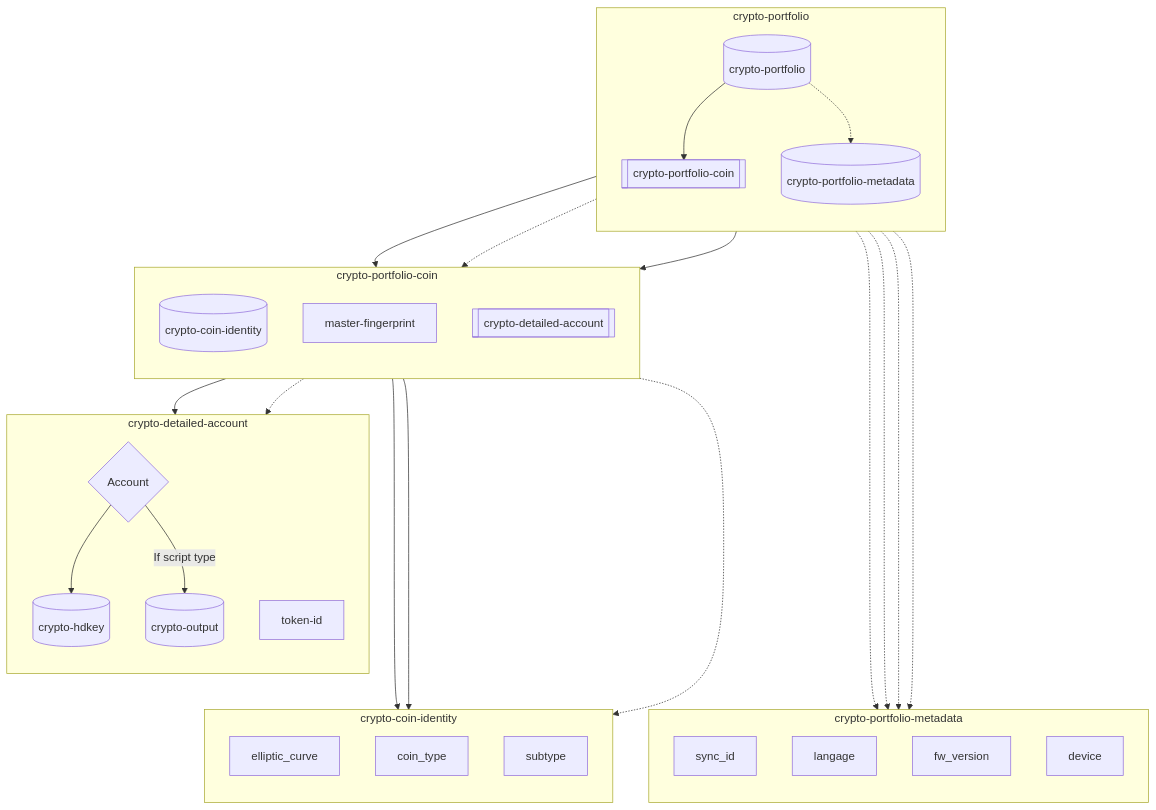
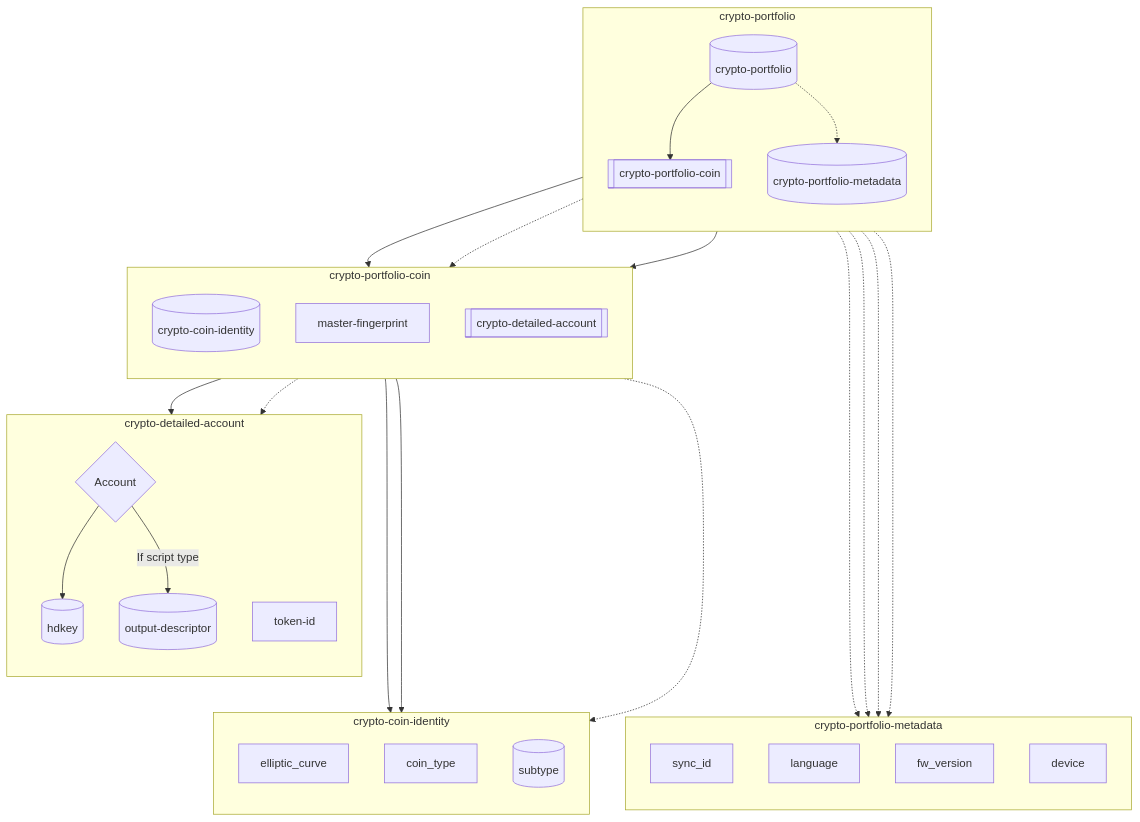
One commit to ngraveio/Research changed the fourth of 4 diagrams in papers/nbcr-2023-002-multi-layer-sync.md. Above: the diagram before and after it, drawn with Mermaid. The commit also changed other lines of this file, not shown here.

````diff
--- a/papers/nbcr-2023-002-multi-layer-sync.md
+++ b/papers/nbcr-2023-002-multi-layer-sync.md
@@ -445,44 +457,44 @@
 ```mermaid
 flowchart TB
 	%% crypto-sync breakdown
 	Sync[(crypto-portfolio)]
 	subgraph crypto-portfolio
     direction TB
 	Sync --> Coins[[crypto-portfolio-coin]]
 	Sync -.-> Meta[(crypto-portfolio-metadata)]
     end
 
 	%% crypto-portfolio-metadata breakdown
 	subgraph crypto-portfolio-metadata
     direction TB
 	Meta -...-> sync_id
-	Meta -...-> langage
+	Meta -...-> language
 	Meta -...-> fw_version
 	Meta -...-> device
 	end
 
 	%% crypto-portfolio-coin breakdown
 	subgraph crypto-portfolio-coin
     direction TB
 	Coins --> ID[(crypto-coin-identity)]
     Coins -.-> MF2[master-fingerprint]
 	Coins --> DetAcc[[crypto-detailed-account]]
     end
 
     %% crypto-detailed-account breakdown
     subgraph crypto-detailed-account
     direction TB
     DetAcc --> key{Account}
-	key --> HD[(crypto-hdkey)]
-	key --> |If script type| Out[(crypto-output)]
+	key --> HD[(hdkey)]
+	key --> |If script type| Out[(output-descriptor)]
 	DetAcc -.-> token-id
 	end
 
 	%% crypto-coin-identity breakdown
 	subgraph crypto-coin-identity
     direction TB
 	ID ---> elliptic_curve
 	ID ---> coin_type
-	ID -..-> subtype
+	ID -..-> Subtypes[(subtype)]
 	end
 ```
````
